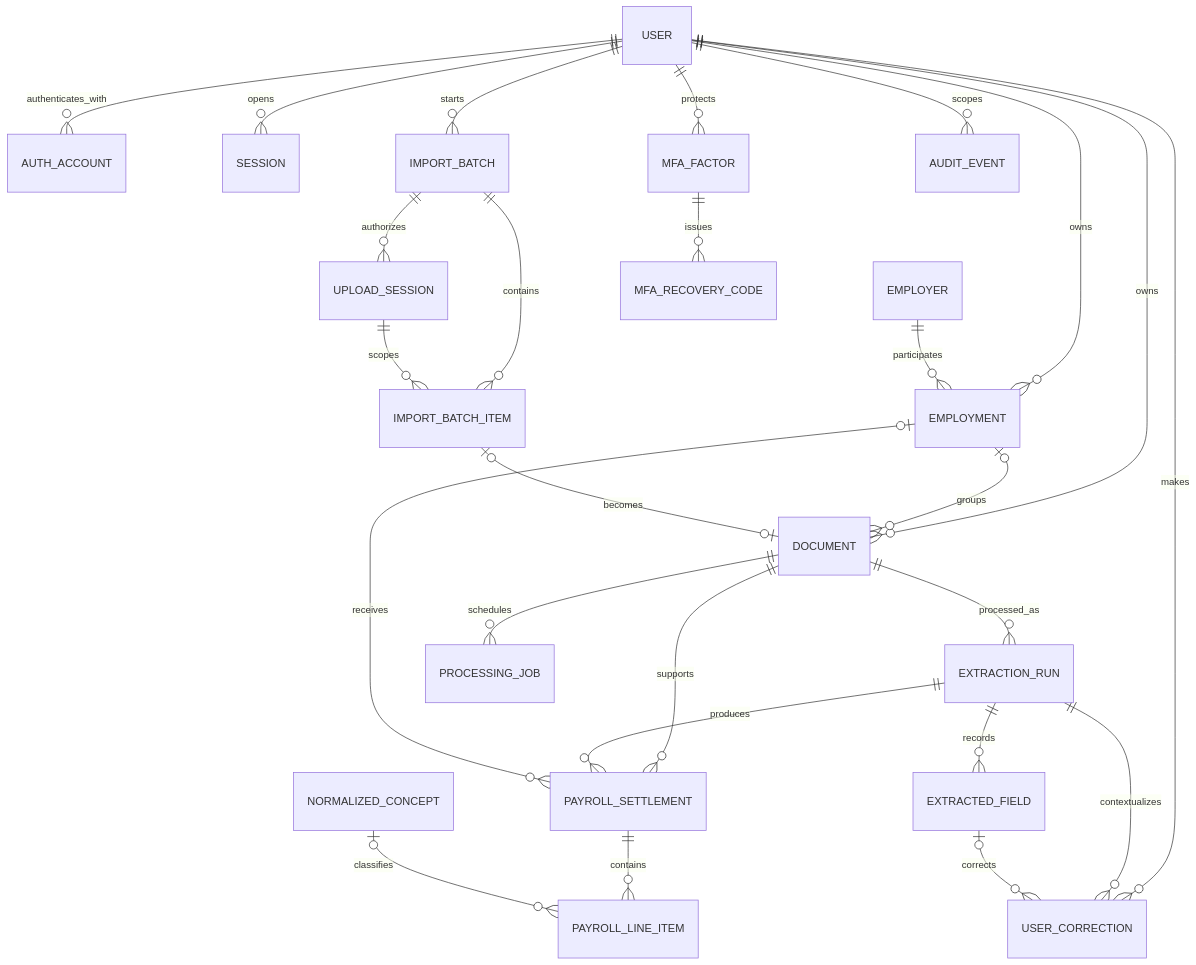
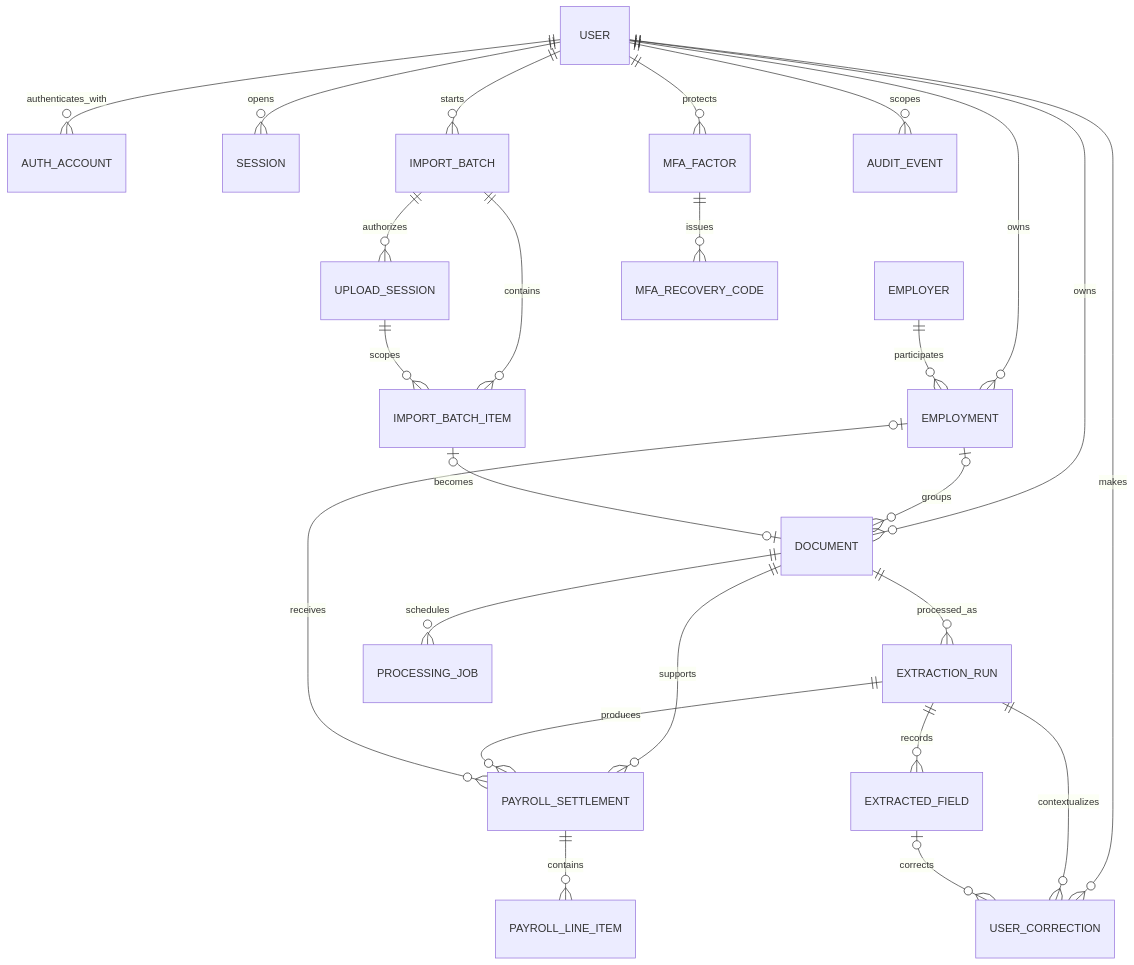
The diagram in docs/architecture/domain-model.md (SebastianMacaya/Salarivo), drawn with Mermaid before and after one commit. The commit also changed other lines of this file and 20 other files, not shown here.

```diff
--- a/docs/architecture/domain-model.md
+++ b/docs/architecture/domain-model.md
@@ -16,28 +16,27 @@
 ~~~mermaid
 erDiagram
     USER ||--o{ AUTH_ACCOUNT : authenticates_with
     USER ||--o{ SESSION : opens
     USER ||--o{ EMPLOYMENT : owns
     EMPLOYER ||--o{ EMPLOYMENT : participates
     USER ||--o{ IMPORT_BATCH : starts
     IMPORT_BATCH ||--o{ IMPORT_BATCH_ITEM : contains
     IMPORT_BATCH ||--o{ UPLOAD_SESSION : authorizes
     UPLOAD_SESSION ||--o{ IMPORT_BATCH_ITEM : scopes
     USER ||--o{ DOCUMENT : owns
     EMPLOYMENT o|--o{ DOCUMENT : groups
     IMPORT_BATCH_ITEM o|--o| DOCUMENT : becomes
     DOCUMENT ||--o{ EXTRACTION_RUN : processed_as
     DOCUMENT ||--o{ PROCESSING_JOB : schedules
     DOCUMENT ||--o{ PAYROLL_SETTLEMENT : supports
     EXTRACTION_RUN ||--o{ PAYROLL_SETTLEMENT : produces
     EXTRACTION_RUN ||--o{ EXTRACTED_FIELD : records
     EMPLOYMENT o|--o{ PAYROLL_SETTLEMENT : receives
     PAYROLL_SETTLEMENT ||--o{ PAYROLL_LINE_ITEM : contains
-    NORMALIZED_CONCEPT o|--o{ PAYROLL_LINE_ITEM : classifies
     USER ||--o{ USER_CORRECTION : makes
     EXTRACTION_RUN ||--o{ USER_CORRECTION : contextualizes
     EXTRACTED_FIELD o|--o{ USER_CORRECTION : corrects
     USER ||--o{ MFA_FACTOR : protects
     MFA_FACTOR ||--o{ MFA_RECOVERY_CODE : issues
     USER ||--o{ AUDIT_EVENT : scopes
 ~~~
```
